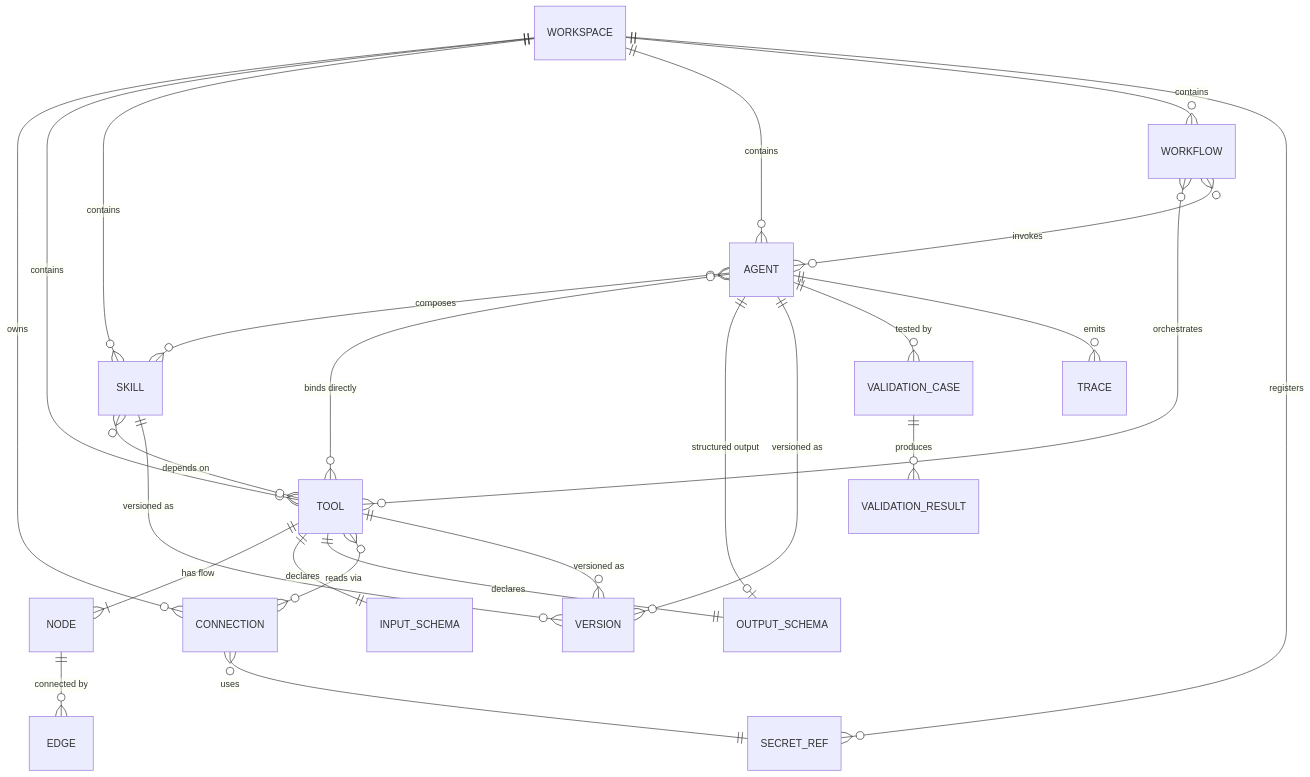
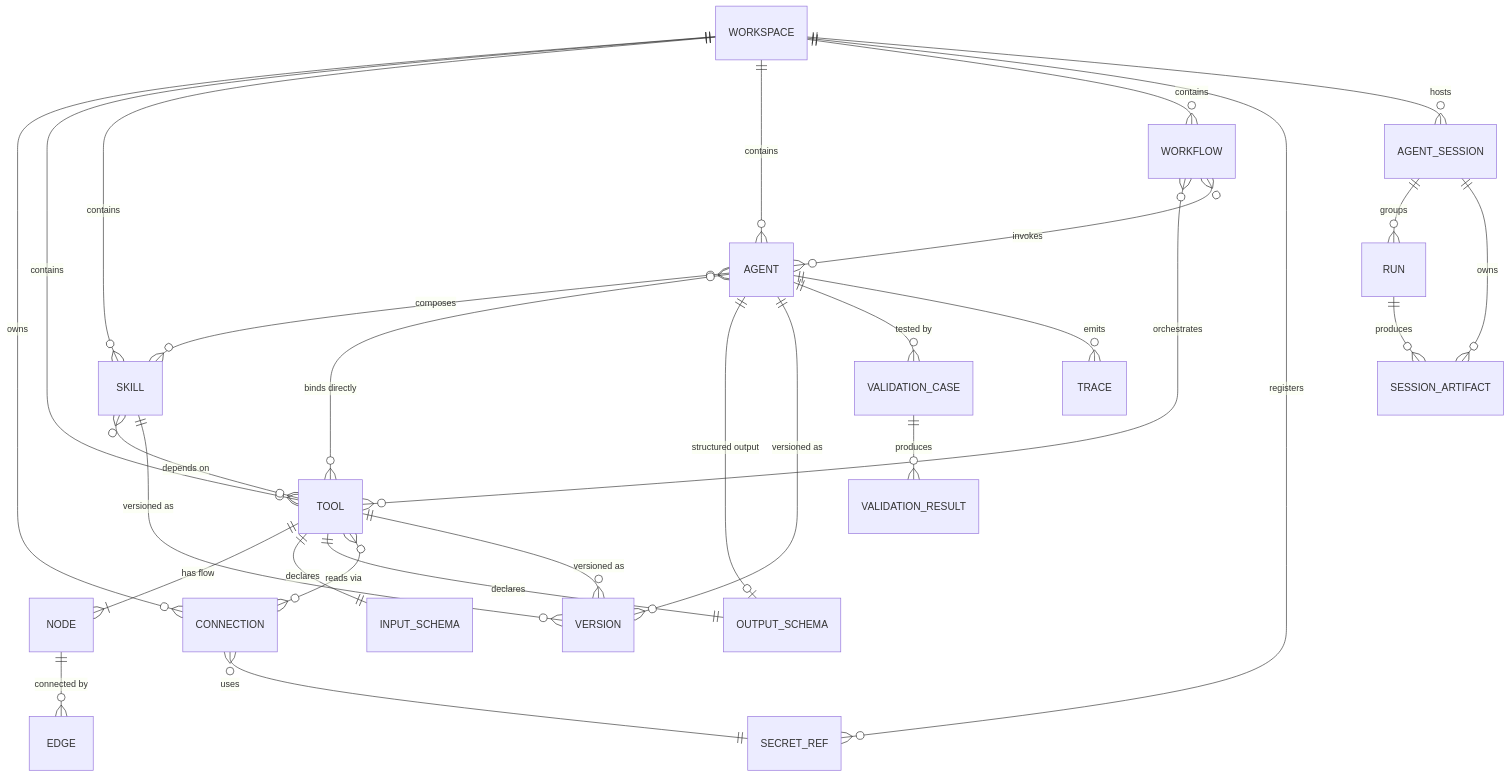
The first of 6 diagrams in docs/03-domain-model.md (yy7613/agentblume), drawn with Mermaid before and after one commit. The commit also changed other lines of this file and 243 other files, not shown here.

````diff
--- a/docs/03-domain-model.md
+++ b/docs/03-domain-model.md
@@ -9,32 +9,36 @@
 ```mermaid
 erDiagram
   WORKSPACE ||--o{ CONNECTION : owns
   WORKSPACE ||--o{ TOOL : contains
   WORKSPACE ||--o{ SKILL : contains
   WORKSPACE ||--o{ AGENT : contains
   WORKSPACE ||--o{ WORKFLOW : contains
   WORKSPACE ||--o{ SECRET_REF : registers
+  WORKSPACE ||--o{ AGENT_SESSION : hosts
 
   TOOL ||--|{ NODE : "has flow"
   NODE ||--o{ EDGE : "connected by"
   TOOL ||--|| INPUT_SCHEMA : "declares"
   TOOL ||--|| OUTPUT_SCHEMA : "declares"
   TOOL }o--o{ CONNECTION : "reads via"
   CONNECTION }o--|| SECRET_REF : "uses"
 
   SKILL }o--o{ TOOL : "depends on"
   AGENT }o--o{ SKILL : "composes"
   AGENT }o--o{ TOOL : "binds directly"
   AGENT ||--o| OUTPUT_SCHEMA : "structured output"
+  AGENT_SESSION ||--o{ RUN : groups
+  AGENT_SESSION ||--o{ SESSION_ARTIFACT : owns
+  RUN ||--o{ SESSION_ARTIFACT : produces
 
   WORKFLOW }o--o{ TOOL : "orchestrates"
   WORKFLOW }o--o{ AGENT : "invokes"
 
   TOOL ||--o{ VERSION : "versioned as"
   SKILL ||--o{ VERSION : "versioned as"
   AGENT ||--o{ VERSION : "versioned as"
 
   AGENT ||--o{ VALIDATION_CASE : "tested by"
   VALIDATION_CASE ||--o{ VALIDATION_RESULT : "produces"
   AGENT ||--o{ TRACE : "emits"
 ```
````
